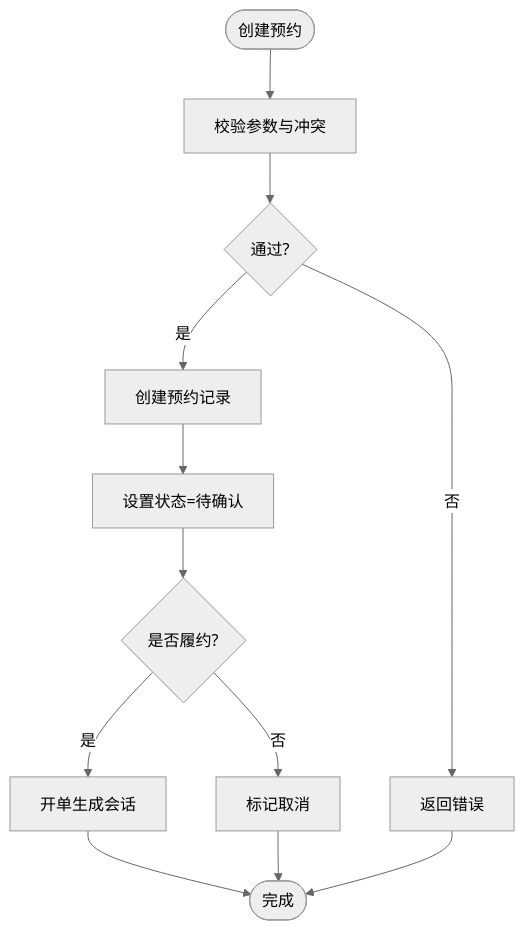
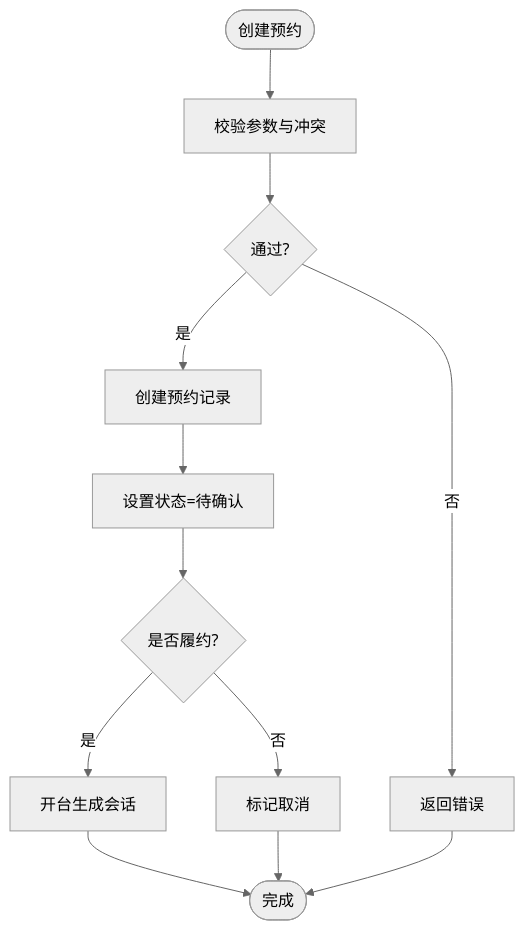
Before and after one commit to rc558620/purelyprofit-server: the third of 12 diagrams in .qoder/repowiki/zh/content/业务模块/运营管理模块/空间管理.md, drawn with Mermaid (neutral theme). The commit also changed other lines of this file and 40 other files, not shown here.

````diff
--- a/.qoder/repowiki/zh/content/业务模块/运营管理模块/空间管理.md
+++ b/.qoder/repowiki/zh/content/业务模块/运营管理模块/空间管理.md
@@ -364,14 +361,14 @@
 ```mermaid
 flowchart TD
 Start(["创建预约"]) --> Validate["校验参数与冲突"]
 Validate --> Valid{"通过?"}
 Valid --> |否| Reject["返回错误"]
 Valid --> |是| CreateRes["创建预约记录"]
 CreateRes --> Status["设置状态=待确认"]
 Status --> Fulfill{"是否履约?"}
-Fulfill --> |是| OpenSession["开单生成会话"]
+Fulfill --> |是| OpenSession["开台生成会话"]
 Fulfill --> |否| Cancel["标记取消"]
 OpenSession --> End(["完成"])
 Cancel --> End
 Reject --> End
 ```
````
